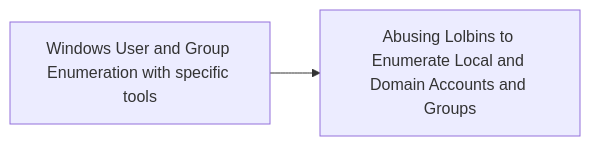
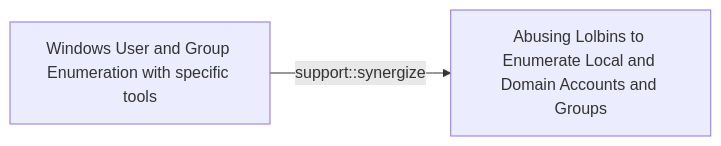
One commit to opentidehq/library changed the diagram in docs/threats/windows-user-and-group-enumeration-with-specific-tools.md. Above: the diagram before and after it, drawn with Mermaid. The commit also changed other lines of this file and 277 other files, not shown here.

````diff
--- a/docs/threats/windows-user-and-group-enumeration-with-specific-tools.md
+++ b/docs/threats/windows-user-and-group-enumeration-with-specific-tools.md
@@ -37,6 +109,6 @@
 ```mermaid
 flowchart LR
 fe243f7f_ffc5_49c0_94e6_293ae2411ad6["Windows User and Group Enumeration with specific tools"]
 3b1026c6_7d04_4b91_ba6f_abc68e993616["Abusing Lolbins to Enumerate Local and Domain Accounts and Groups"]
-fe243f7f_ffc5_49c0_94e6_293ae2411ad6 --> 3b1026c6_7d04_4b91_ba6f_abc68e993616
+fe243f7f_ffc5_49c0_94e6_293ae2411ad6 -->|support::synergize| 3b1026c6_7d04_4b91_ba6f_abc68e993616
 ```
````
